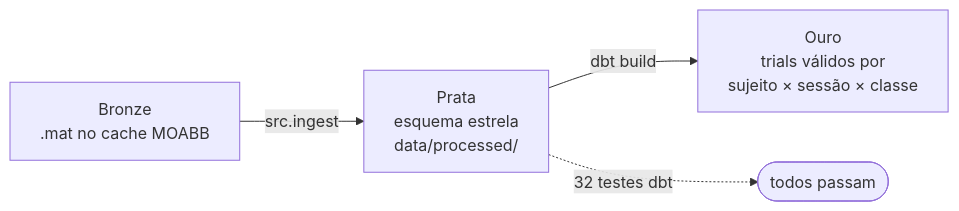
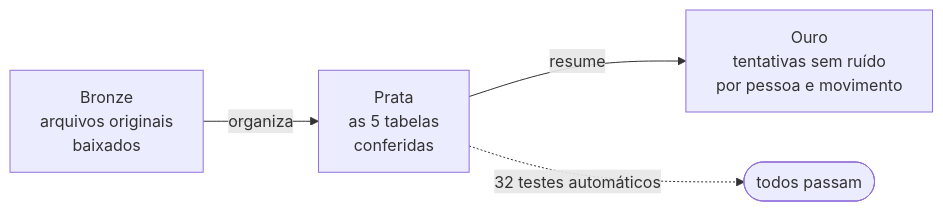
Before and after one commit to kafb04/data-engineering-multimodal-ai: the third of 10 diagrams in README.md, drawn with Mermaid. The commit also changed other lines of this file, not shown here.

````diff
--- a/README.md
+++ b/README.md
@@ -113,6 +133,6 @@
 ```mermaid
 flowchart LR
-    B["Bronze<br/>.mat no cache MOABB"] -->|src.ingest| P["Prata<br/>esquema estrela<br/>data/processed/"]
-    P -->|dbt build| O["Ouro<br/>trials válidos por<br/>sujeito × sessão × classe"]
-    P -.->|32 testes dbt| OK(["todos passam"])
+    B["Bronze<br/>arquivos originais<br/>baixados"] -->|organiza| P["Prata<br/>as 5 tabelas<br/>conferidas"]
+    P -->|resume| O["Ouro<br/>tentativas sem ruído<br/>por pessoa e movimento"]
+    P -.->|32 testes automáticos| OK(["todos passam"])
 ```
````
